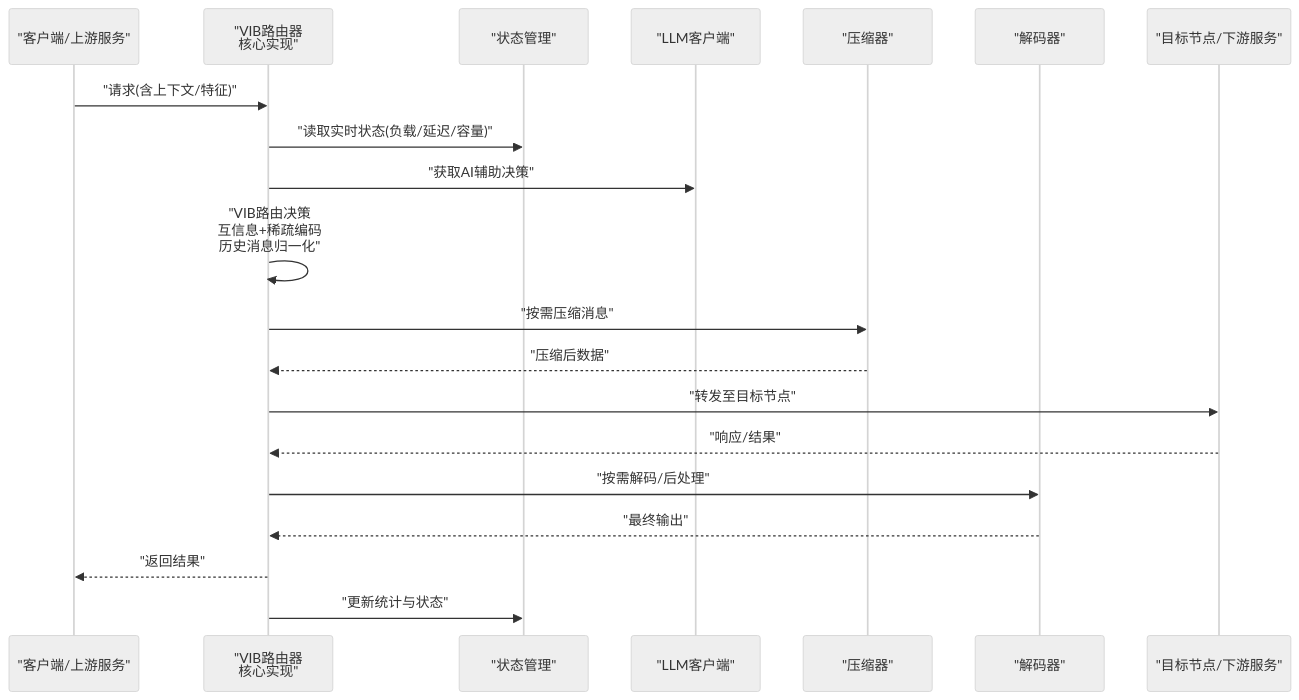
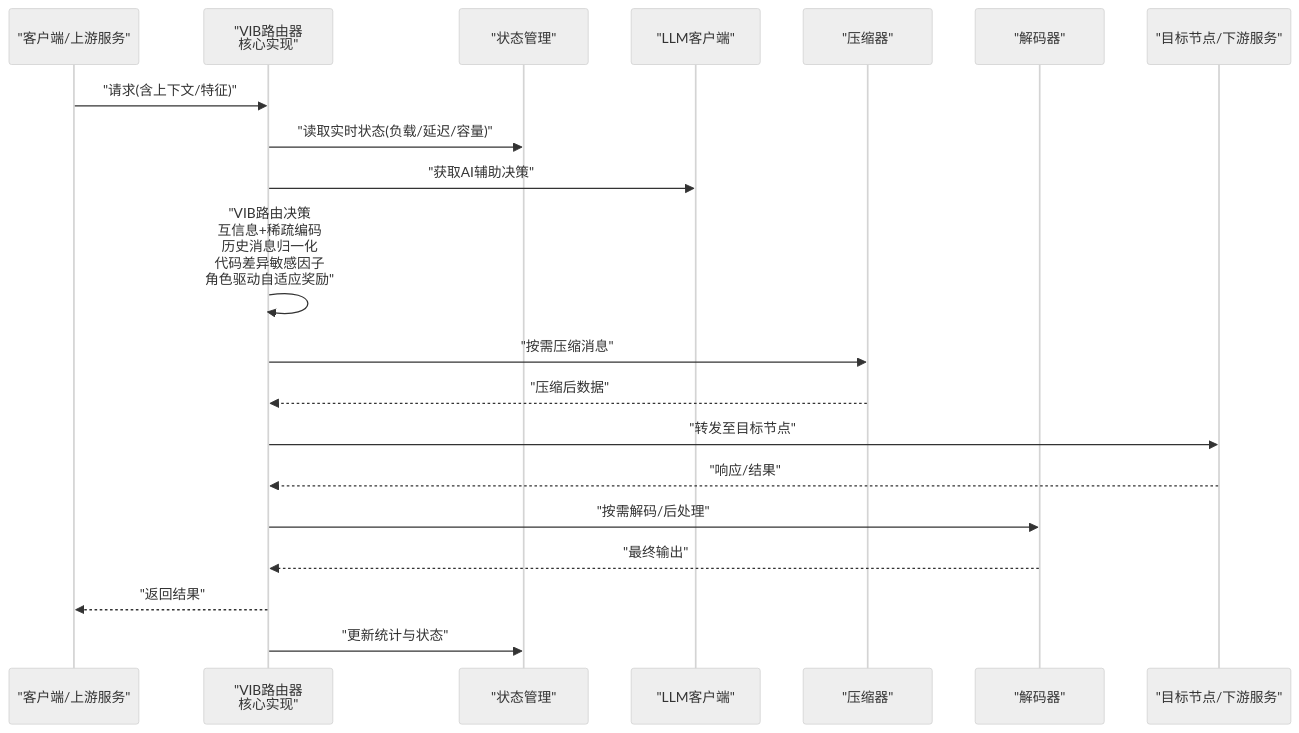
The second of 4 diagrams in .qoder/repowiki/zh/content/核心架构/VIB路由器.md (QuStarry/VIB-SparseCommunication), drawn with Mermaid (neutral theme) before and after one commit. The commit also changed other lines of this file and 32 other files, not shown here.

````diff
--- a/.qoder/repowiki/zh/content/核心架构/VIB路由器.md
+++ b/.qoder/repowiki/zh/content/核心架构/VIB路由器.md
@@ -96,22 +98,22 @@
 ```mermaid
 sequenceDiagram
 participant Client as "客户端/上游服务"
 participant Router as "VIB路由器<br/>核心实现"
 participant State as "状态管理"
 participant LLM as "LLM客户端"
 participant Compressor as "压缩器"
 participant Decoder as "解码器"
 participant Target as "目标节点/下游服务"
 Client->>Router : "请求(含上下文/特征)"
 Router->>State : "读取实时状态(负载/延迟/容量)"
 Router->>LLM : "获取AI辅助决策"
-Router->>Router : "VIB路由决策<br/>互信息+稀疏编码<br/>历史消息归一化"
+Router->>Router : "VIB路由决策<br/>互信息+稀疏编码<br/>历史消息归一化<br/>代码差异敏感因子<br/>角色驱动自适应奖励"
 Router->>Compressor : "按需压缩消息"
 Compressor-->>Router : "压缩后数据"
 Router->>Target : "转发至目标节点"
 Target-->>Router : "响应/结果"
 Router->>Decoder : "按需解码/后处理"
 Decoder-->>Router : "最终输出"
 Router-->>Client : "返回结果"
 Router->>State : "更新统计与状态"
 ```
````
